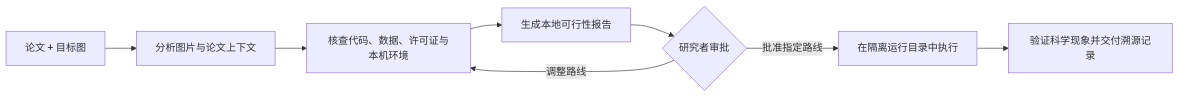
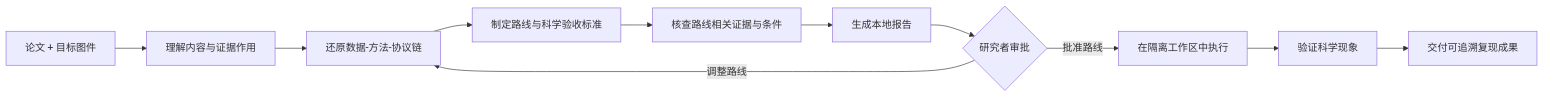
One commit to SciToolsmith/reprofig changed the diagram in README.zh-CN.md. Above: the diagram before and after it, drawn with Mermaid. The commit also changed other lines of this file and 14 other files, not shown here.

````diff
--- a/README.zh-CN.md
+++ b/README.zh-CN.md
@@ -27,10 +39,13 @@
 ```mermaid
 flowchart LR
-    A[论文 + 目标图] --> B[分析图片与论文上下文]
-    B --> C[核查代码、数据、许可证与本机环境]
-    C --> D[生成本地可行性报告]
-    D --> E{研究者审批}
-    E -->|调整路线| C
-    E -->|批准指定路线| F[在隔离运行目录中执行]
-    F --> G[验证科学现象并交付溯源记录]
+    A[论文 + 目标图件] --> B[理解内容与证据作用]
+    B --> C[还原数据-方法-协议链]
+    C --> D[制定路线与科学验收标准]
+    D --> E[核查路线相关证据与条件]
+    E --> F[生成本地报告]
+    F --> G{研究者审批}
+    G -->|调整路线| C
+    G -->|批准路线| H[在隔离工作区中执行]
+    H --> I[验证科学现象]
+    I --> J[交付可追溯复现成果]
 ```
````
